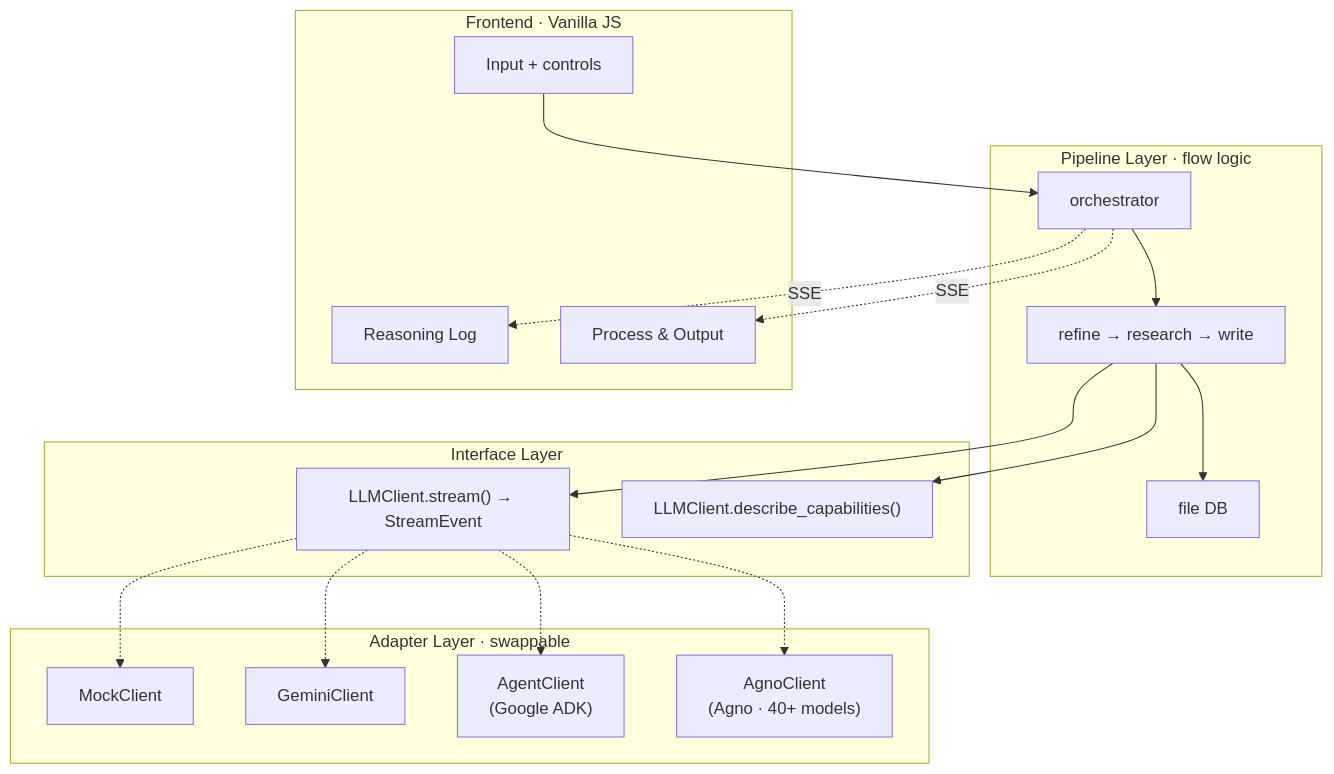
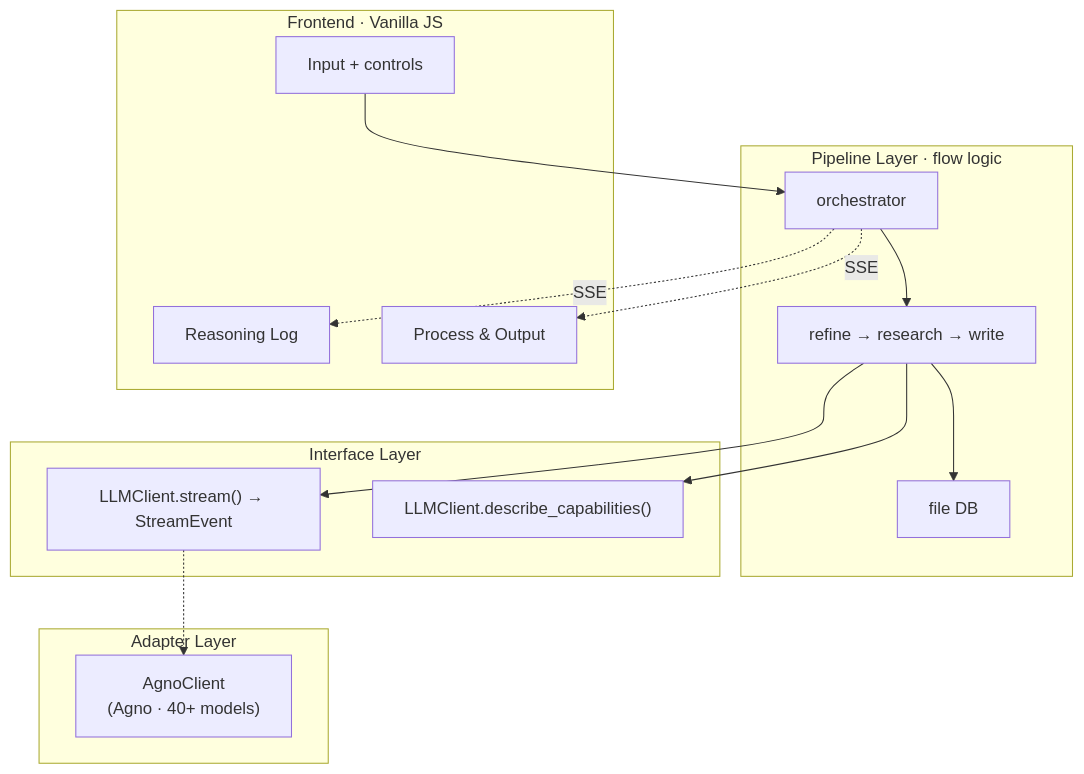
One commit to dozybot001/MAARS changed the second of 2 diagrams in README.md. Above: the diagram before and after it, drawn with Mermaid. The commit also changed other lines of this file and 292 other files, not shown here.

````diff
--- a/README.md
+++ b/README.md
@@ -46,36 +38,30 @@
 ```mermaid
 flowchart TB
     subgraph Pipeline["Pipeline Layer · flow logic"]
         ORCH["orchestrator"] --> STAGES["refine → research → write"]
         STAGES --> DB["file DB"]
     end
 
     subgraph Interface["Interface Layer"]
         LLM["LLMClient.stream() → StreamEvent"]
         CAP["LLMClient.describe_capabilities()"]
     end
 
-    subgraph Adapters["Adapter Layer · swappable"]
-        MOCK["MockClient"]
-        GEMINI["GeminiClient"]
-        ADK["AgentClient\n(Google ADK)"]
+    subgraph Adapters["Adapter Layer"]
         AGNO["AgnoClient\n(Agno · 40+ models)"]
     end
 
     STAGES --> LLM
     STAGES --> CAP
-    LLM -.-> MOCK
-    LLM -.-> GEMINI
-    LLM -.-> ADK
     LLM -.-> AGNO
 
     subgraph FE["Frontend · Vanilla JS"]
         UI["Input + controls"]
         LOG["Reasoning Log"]
         PROC["Process & Output"]
     end
 
     UI --> ORCH
     ORCH -."SSE".-> LOG
     ORCH -."SSE".-> PROC
 ```
````
